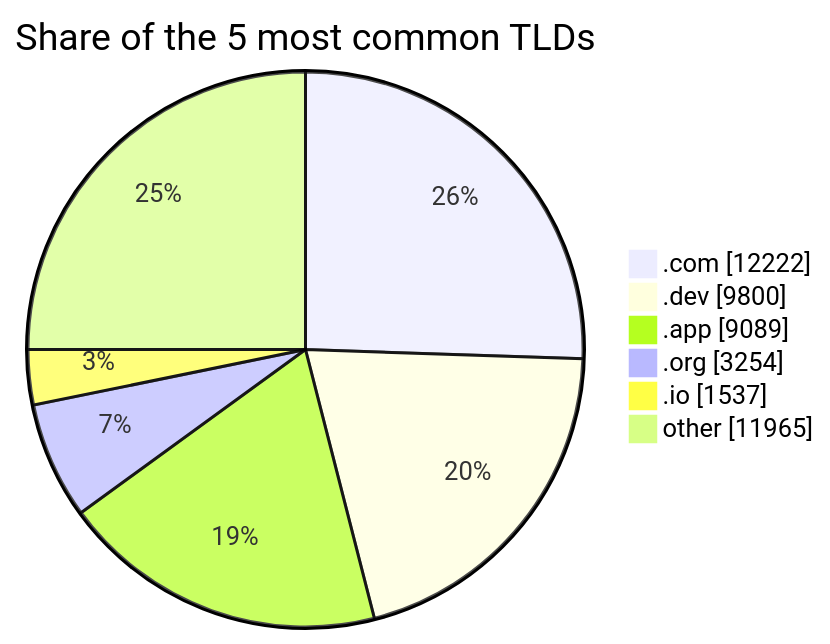
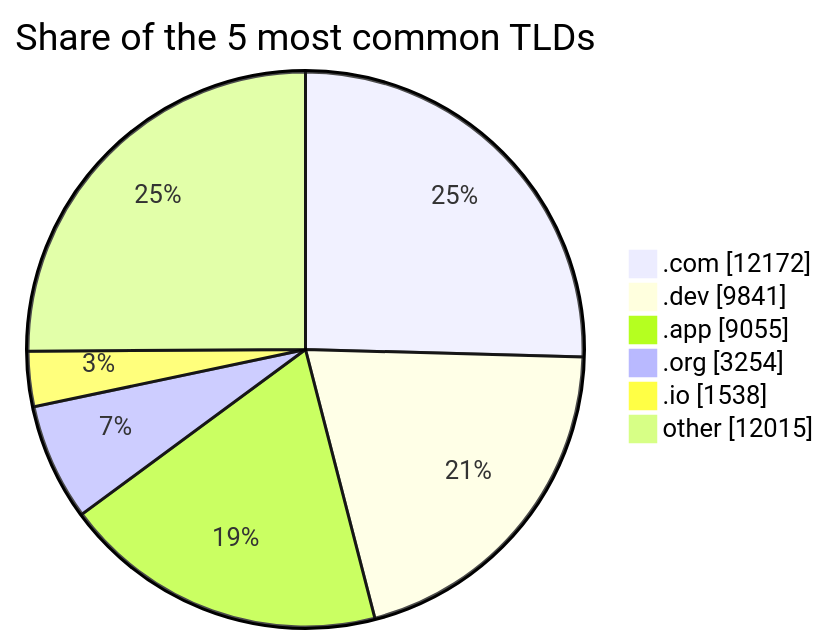
One commit to DNSBunker/CTI changed the third of 3 diagrams in README.md. Above: the diagram before and after it, drawn with Mermaid. The commit also changed other lines of this file and 3 other files, not shown here.

````diff
--- a/README.md
+++ b/README.md
@@ -81,9 +81,9 @@
 ```mermaid
 pie showData title Share of the 5 most common TLDs
-    ".com" : 12222
-    ".dev" : 9800
-    ".app" : 9089
+    ".com" : 12172
+    ".dev" : 9841
+    ".app" : 9055
     ".org" : 3254
-    ".io" : 1537
-    "other" : 11965
+    ".io" : 1538
+    "other" : 12015
 ```
````
